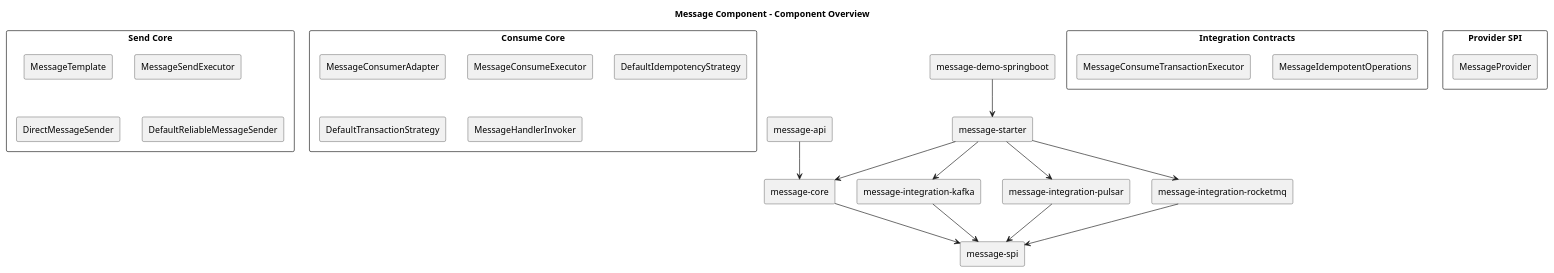
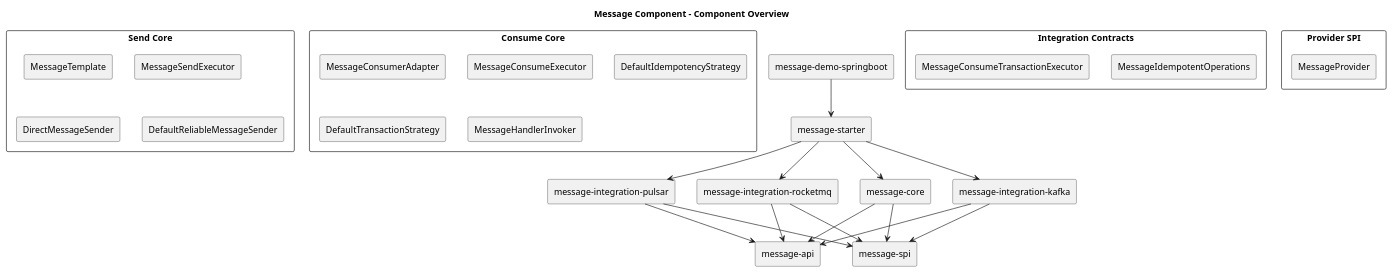
Before and after one commit to pbxjtumse/iron-components-java: the diagram in component/message-component/docs/diagrams/component/00-message-component-overview.puml, drawn with PlantUML. The commit also changed 7 other files, not shown here.

```diff
--- a/component/message-component/docs/diagrams/component/00-message-component-overview.puml
+++ b/component/message-component/docs/diagrams/component/00-message-component-overview.puml
@@ -1,35 +1,37 @@
 @startuml
 title Message Component - Component Overview
 skinparam componentStyle rectangle
-[message-api] --> [message-core]
+[message-core] --> [message-api]
 [message-core] --> [message-spi]
+[message-integration-kafka] --> [message-api]
 [message-integration-kafka] --> [message-spi]
+[message-integration-pulsar] --> [message-api]
 [message-integration-pulsar] --> [message-spi]
+[message-integration-rocketmq] --> [message-api]
 [message-integration-rocketmq] --> [message-spi]
 [message-starter] --> [message-core]
 [message-starter] --> [message-integration-kafka]
 [message-starter] --> [message-integration-pulsar]
 [message-starter] --> [message-integration-rocketmq]
 [message-demo-springboot] --> [message-starter]
-
 rectangle "Send Core" {
  [MessageTemplate]
  [MessageSendExecutor]
  [DirectMessageSender]
  [DefaultReliableMessageSender]
 }
 rectangle "Consume Core" {
  [MessageConsumerAdapter]
  [MessageConsumeExecutor]
  [DefaultIdempotencyStrategy]
  [DefaultTransactionStrategy]
  [MessageHandlerInvoker]
 }
 rectangle "Integration Contracts" {
  [MessageIdempotentOperations]
  [MessageConsumeTransactionExecutor]
 }
 rectangle "Provider SPI" {
  [MessageProvider]
 }
 @enduml
```
